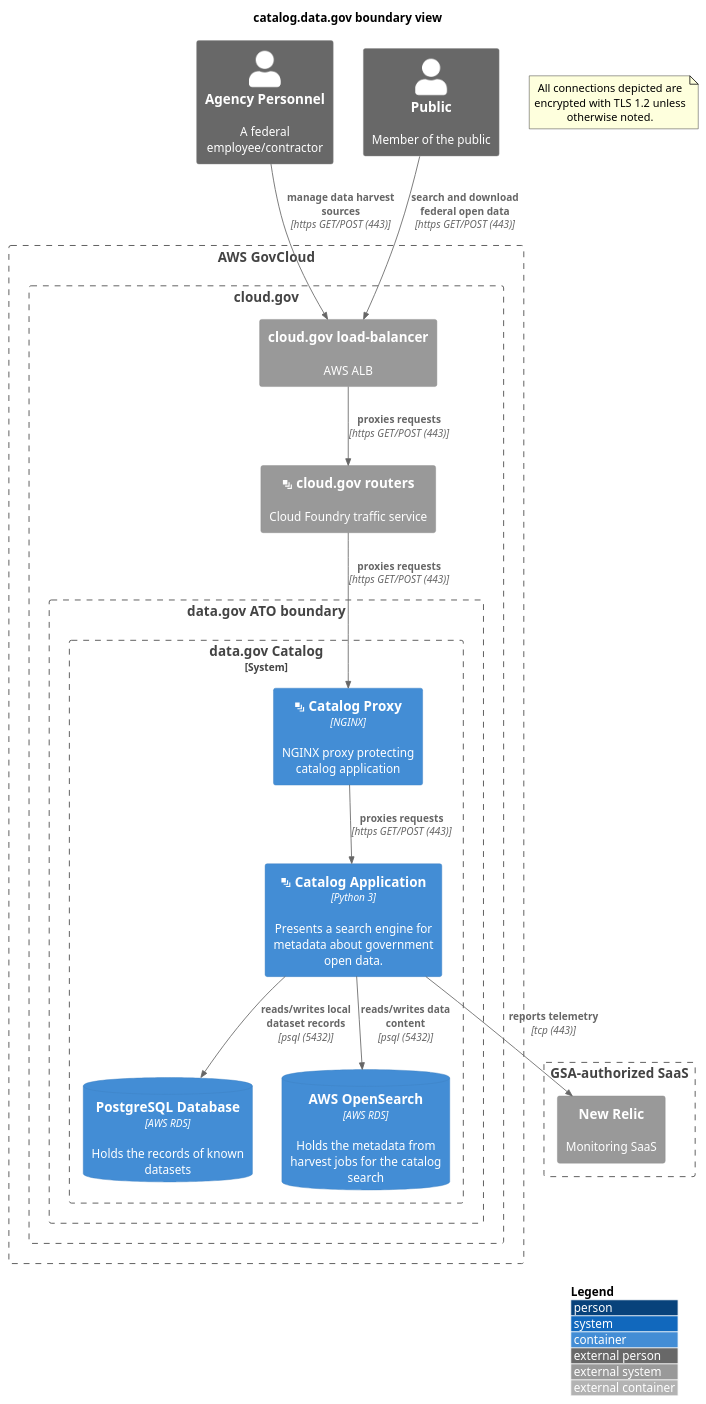
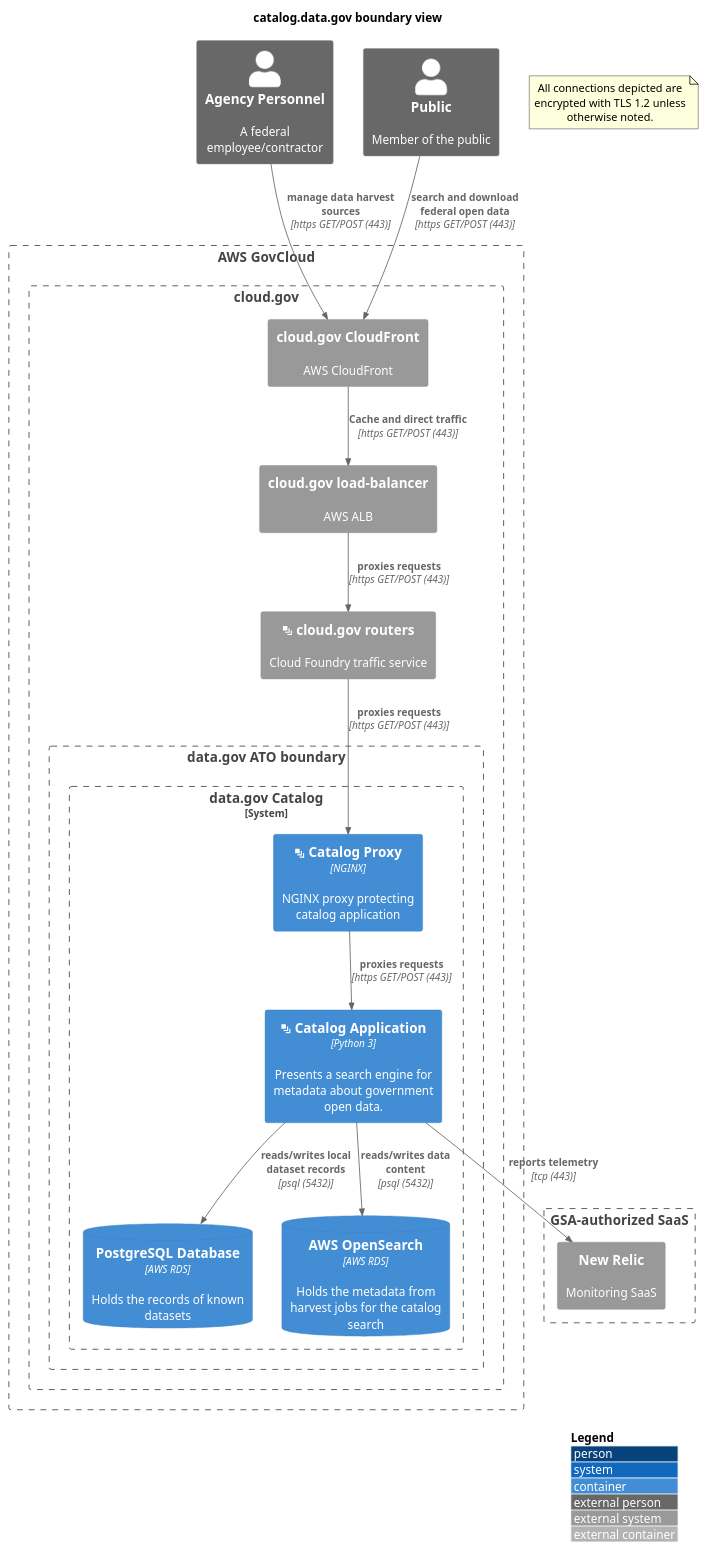
Before and after one commit to GSA/datagov-compliance: the diagram in apps/catalog.boundary.md, drawn with PlantUML. The commit also changed 11 other files, not shown here.

Commit message:
Updated per comments, cleaned titles and added CloudFront

````diff
--- a/apps/catalog.boundary.md
+++ b/apps/catalog.boundary.md
@@ -3,40 +3,42 @@
 ```plantuml
 @startuml
 !include https://raw.githubusercontent.com/plantuml-stdlib/C4-PlantUML/master/C4_Container.puml
 ' uncomment the following line and comment the first to use locally
 ' !include C4_Container.puml
 LAYOUT_WITH_LEGEND()
 title catalog.data.gov boundary view
 Person_Ext(personnel, "Agency Personnel", "A federal employee/contractor")
 Person_Ext(public, "Public", "Member of the public")
 note as EncryptionNote
 All connections depicted are encrypted with TLS 1.2 unless otherwise noted.
 end note
 Boundary(aws, "AWS GovCloud") {
     Boundary(cloudgov, "cloud.gov") {
+        System_Ext(cloudfront, "cloud.gov CloudFront", "AWS CloudFront")
         System_Ext(aws_alb, "cloud.gov load-balancer", "AWS ALB")
         System_Ext(cloudgov_router, "<&layers> cloud.gov routers", "Cloud Foundry traffic service")
         Boundary(atob, "data.gov ATO boundary") {
             System_Boundary(catalog, "data.gov Catalog") {
                 Container(catalog_proxy, "<&layers> Catalog Proxy", "NGINX", "NGINX proxy protecting catalog application")
                 Container(catalog_app, "<&layers> Catalog Application", "Python 3", "Presents a search engine for metadata about government open data.")
                 ContainerDb(catalog_db, "PostgreSQL Database", "AWS RDS", "Holds the records of known datasets")
                 ContainerDb(catalog_openSearch, "AWS OpenSearch", "AWS RDS", "Holds the metadata from harvest jobs for the catalog search")
             }
         }
     }
 }
 Boundary(gsa_saas, "GSA-authorized SaaS") {
     System_Ext(newrelic, "New Relic", "Monitoring SaaS")
 }
 Rel(catalog_app, newrelic, "reports telemetry", "tcp (443)")
-Rel(personnel, aws_alb, "manage data harvest sources", "https GET/POST (443)")
-Rel(public, aws_alb, "search and download federal open data", "https GET/POST (443)")
+Rel(cloudfront, aws_alb, "Cache and direct traffic", "https GET/POST (443)")
+Rel(personnel, cloudfront, "manage data harvest sources", "https GET/POST (443)")
+Rel(public, cloudfront, "search and download federal open data", "https GET/POST (443)")
 Rel(aws_alb, cloudgov_router, "proxies requests", "https GET/POST (443)")
 Rel(cloudgov_router, catalog_proxy, "proxies requests", "https GET/POST (443)")
 Rel(catalog_proxy, catalog_app, "proxies requests", "https GET/POST (443)")
 Rel(catalog_app, catalog_db, "reads/writes local dataset records", "psql (5432)")
 Rel(catalog_app, catalog_openSearch, "reads/writes data content", "psql (5432)")
 
 @enduml
 ```
````
